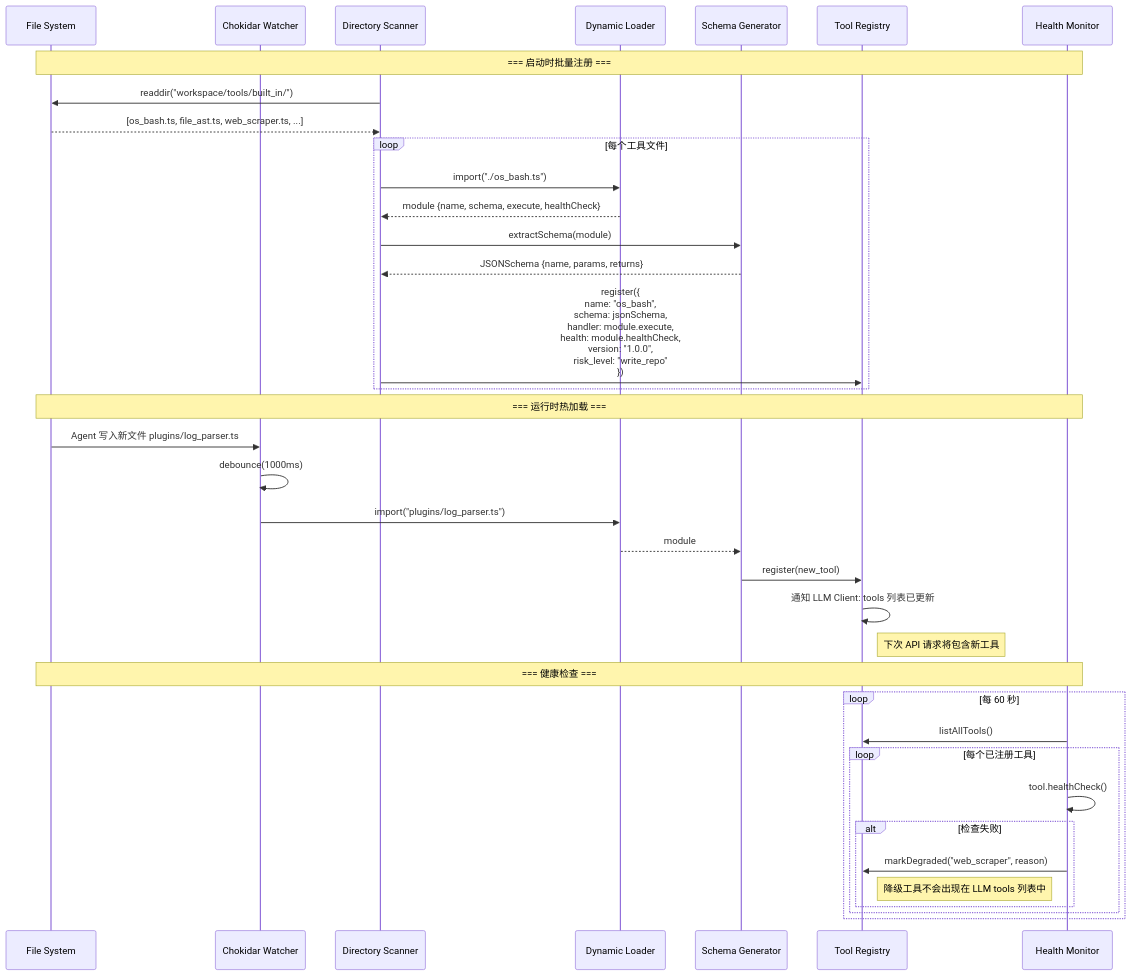
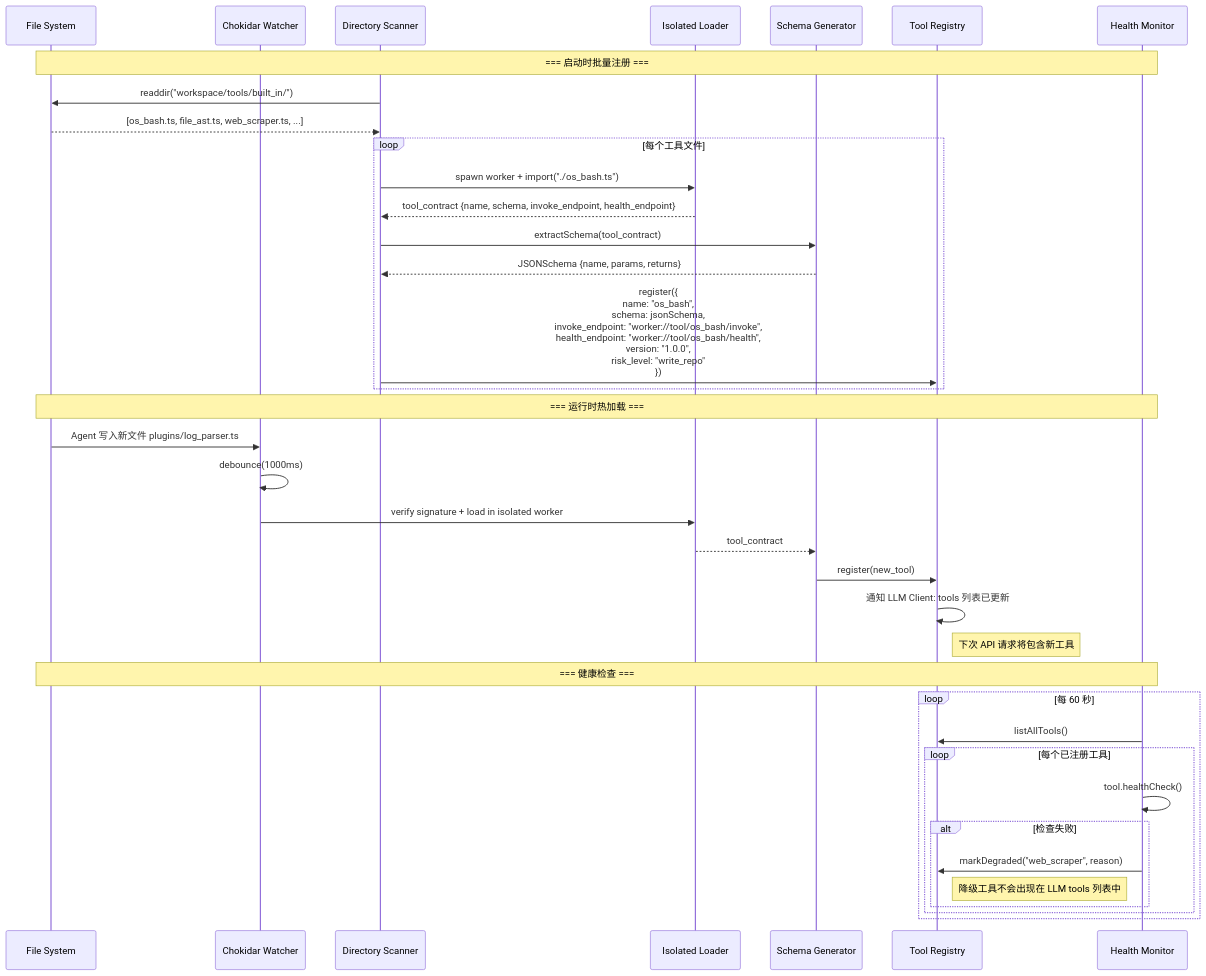
Before and after one commit to Yidhar/Embla_System: the second of 17 diagrams in doc/12-limbs-layer-modules.md, drawn with Mermaid. The commit also changed other lines of this file and 13 other files, not shown here.

Commit message:
docs: refresh architecture specs and security blindspot baseline

````diff
--- a/doc/12-limbs-layer-modules.md
+++ b/doc/12-limbs-layer-modules.md
@@ -84,45 +85,45 @@
 ```mermaid
 sequenceDiagram
     participant FS as File System
     participant WATCH as Chokidar Watcher
     participant SCAN as Directory Scanner
-    participant LOAD as Dynamic Loader
+    participant LOAD as Isolated Loader
     participant SCHEMA as Schema Generator
     participant REG as Tool Registry
     participant HEALTH as Health Monitor
 
     Note over FS,HEALTH: === 启动时批量注册 ===
 
     SCAN->>FS: readdir("workspace/tools/built_in/")
     FS-->>SCAN: [os_bash.ts, file_ast.ts, web_scraper.ts, ...]
 
     loop 每个工具文件
-        SCAN->>LOAD: import("./os_bash.ts")
-        LOAD-->>SCAN: module {name, schema, execute, healthCheck}
-        SCAN->>SCHEMA: extractSchema(module)
+        SCAN->>LOAD: spawn worker + import("./os_bash.ts")
+        LOAD-->>SCAN: tool_contract {name, schema, invoke_endpoint, health_endpoint}
+        SCAN->>SCHEMA: extractSchema(tool_contract)
         SCHEMA-->>SCAN: JSONSchema {name, params, returns}
-        SCAN->>REG: register({<br/>  name: "os_bash",<br/>  schema: jsonSchema,<br/>  handler: module.execute,<br/>  health: module.healthCheck,<br/>  version: "1.0.0",<br/>  risk_level: "write_repo"<br/>})
+        SCAN->>REG: register({<br/>  name: "os_bash",<br/>  schema: jsonSchema,<br/>  invoke_endpoint: "worker://tool/os_bash/invoke",<br/>  health_endpoint: "worker://tool/os_bash/health",<br/>  version: "1.0.0",<br/>  risk_level: "write_repo"<br/>})
     end
 
     Note over FS,HEALTH: === 运行时热加载 ===
 
     FS->>WATCH: Agent 写入新文件 plugins/log_parser.ts
     WATCH->>WATCH: debounce(1000ms)
-    WATCH->>LOAD: import("plugins/log_parser.ts")
-    LOAD-->>SCHEMA: module
+    WATCH->>LOAD: verify signature + load in isolated worker
+    LOAD-->>SCHEMA: tool_contract
     SCHEMA->>REG: register(new_tool)
     REG->>REG: 通知 LLM Client: tools 列表已更新
     Note right of REG: 下次 API 请求将包含新工具
 
     Note over FS,HEALTH: === 健康检查 ===
     loop 每 60 秒
         HEALTH->>REG: listAllTools()
         loop 每个已注册工具
             HEALTH->>HEALTH: tool.healthCheck()
             alt 检查失败
                 HEALTH->>REG: markDegraded("web_scraper", reason)
                 Note right of REG: 降级工具不会出现在 LLM tools 列表中
             end
         end
     end
 ```
````
